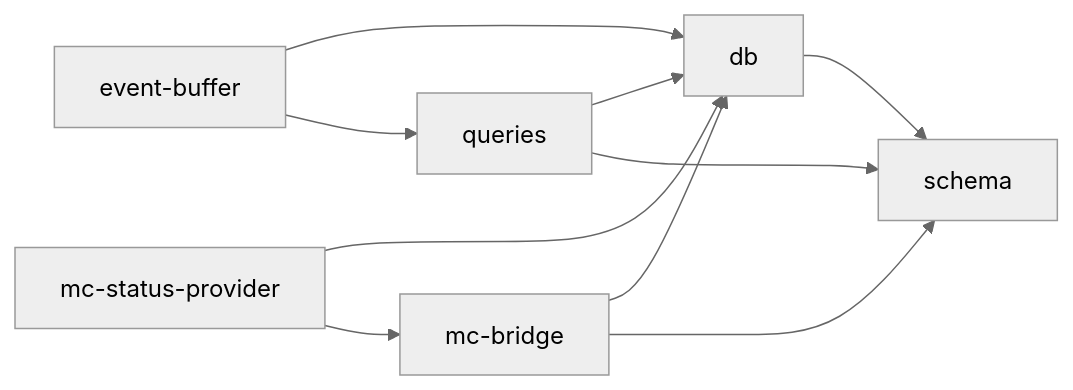
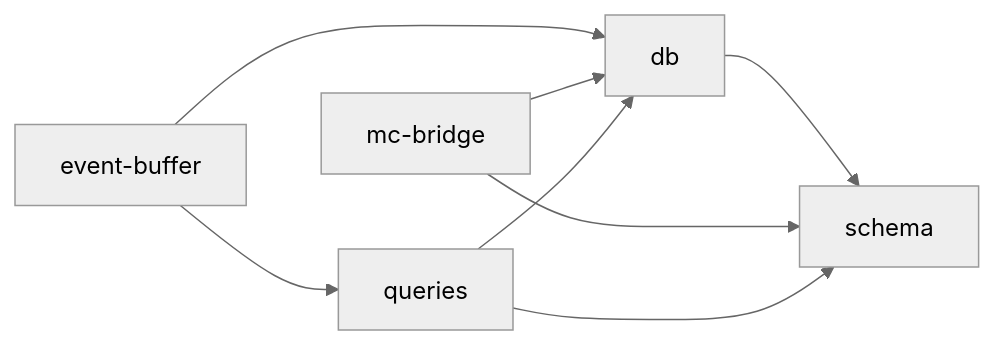
One commit to OJII3/vicissitude changed the diagram in packages/store/DEPS.md. Above: the diagram before and after it, drawn with Mermaid (neutral theme). The commit also changed other lines of this file and 11 other files, not shown here.

````diff
--- a/packages/store/DEPS.md
+++ b/packages/store/DEPS.md
@@ -7,13 +7,11 @@
 ```mermaid
 graph LR
   db --> schema
   event_buffer["event-buffer"] --> db
   event_buffer["event-buffer"] --> queries
   mc_bridge["mc-bridge"] --> db
   mc_bridge["mc-bridge"] --> schema
-  mc_status_provider["mc-status-provider"] --> db
-  mc_status_provider["mc-status-provider"] --> mc_bridge["mc-bridge"]
   queries --> db
   queries --> schema
   schema
 ```
````
